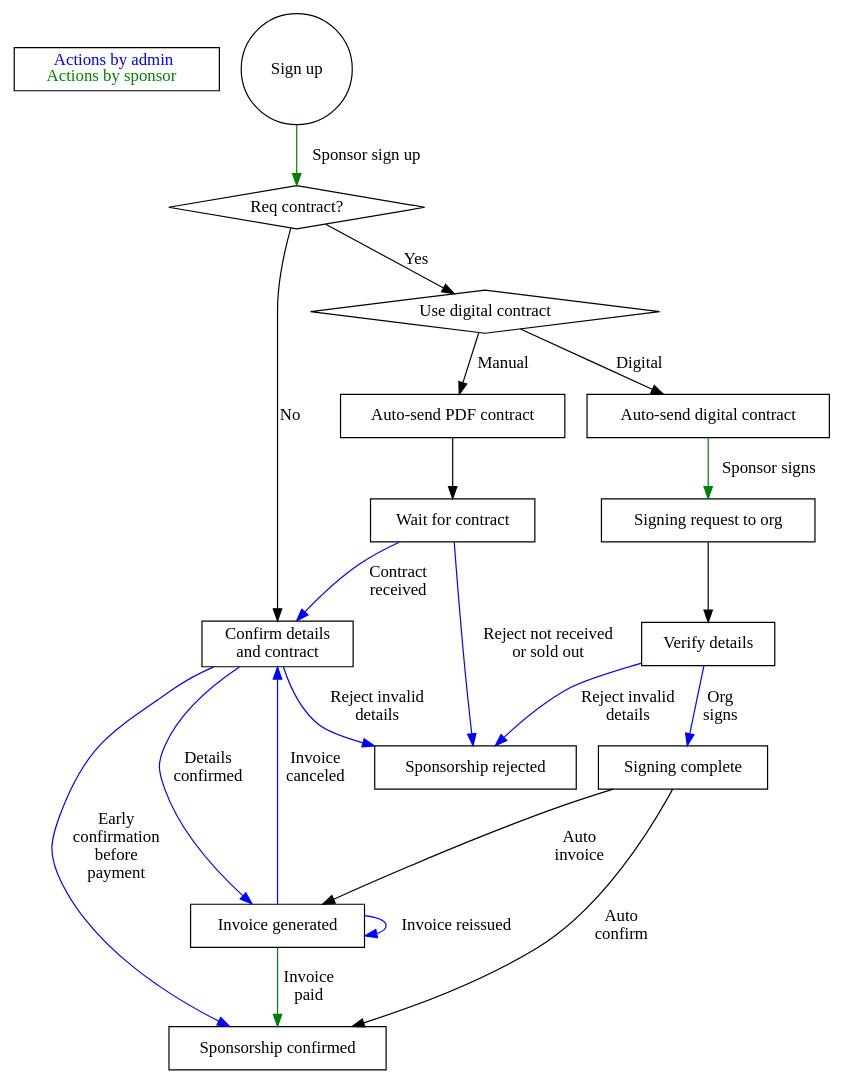
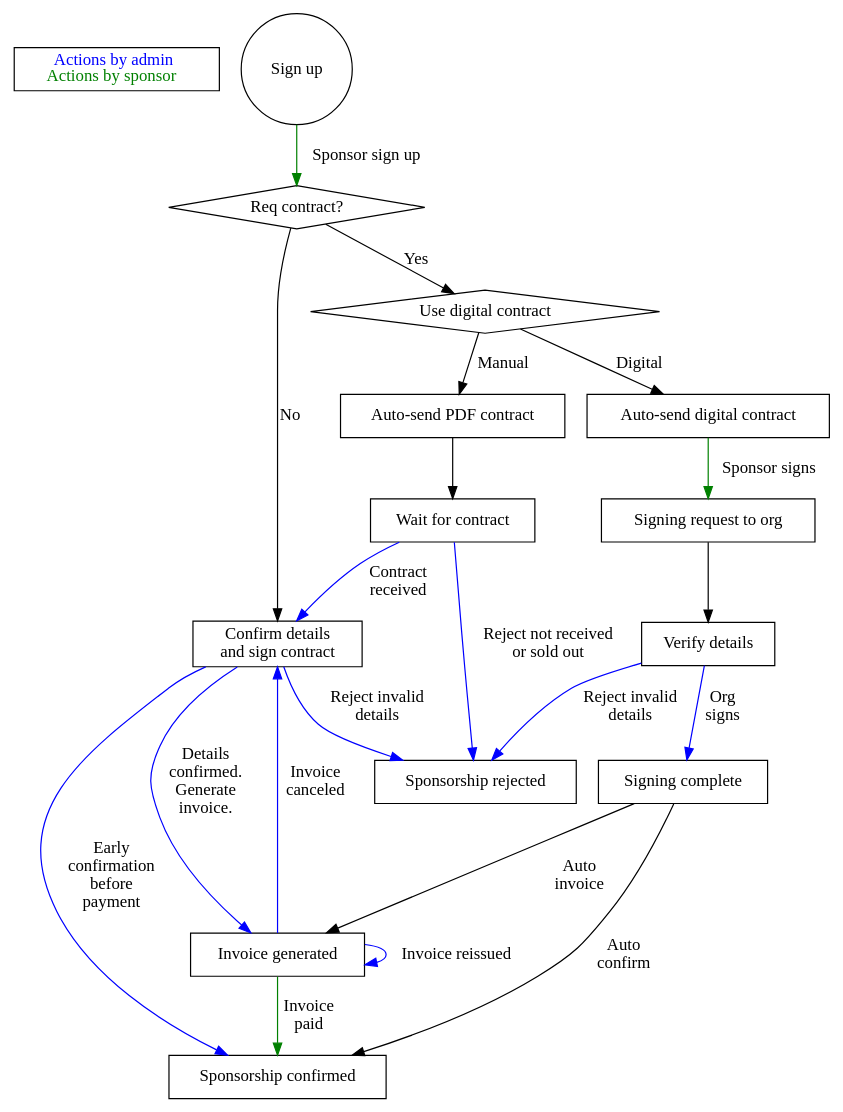
One commit to pgeu/pgeu-system changed the diagram in docs/confreg/graphs/sponsorsignup.dot. Above: the diagram before and after it, drawn with Graphviz. The commit also changed 1 other file, not shown here.

Commit message:
Fix incomplete labels in sponsorship flowchart graph
Spotted by ads.

```diff
--- a/docs/confreg/graphs/sponsorsignup.dot
+++ b/docs/confreg/graphs/sponsorsignup.dot
@@ -1,44 +1,44 @@
 digraph sponsorsignup {
 	subgraph legend {
 		key[shape=box, label=<
 		    <font color="blue">Actions by admin</font><br/>
 		    <font color="green">Actions by sponsor</font><br/>
 		>, labeljust="l"]
 	}
 
 	start[shape=circle label="Sign up"];
 	type[shape=diamond label="Req contract?"];
-	confirm[shape=box label="Confirm details\nand contract"];
+	confirm[shape=box label="Confirm details\nand sign contract"];
 	invoice[shape=box label="Invoice generated"];
 	typeofcontract[shape=diamond label="Use digital contract"];
 	manualpdf[shape=box label="Auto-send PDF contract"];
 	digitalcontract[shape=box label="Auto-send digital contract"];
 	digitaltoorg[shape=box label="Signing request to org"];
 	verifydetails[shape=box label="Verify details"];
 	signcomplete[shape=box label="Signing complete"];
 	contract[shape=box label="Wait for contract"];
 	confirmed[shape=box label="Sponsorship confirmed"];
 	rejected[shape=box label="Sponsorship rejected"];
 
 	start -> type [label="Sponsor sign up", color=green];
 	type -> typeofcontract [label="Yes"];
 	type -> confirm [label="No"];
 	typeofcontract -> manualpdf [label="Manual"]
 	typeofcontract -> digitalcontract [label="Digital"]
 	digitalcontract -> digitaltoorg [label="Sponsor signs", color=green]
 	digitaltoorg -> verifydetails
 	verifydetails -> rejected [label="Reject invalid\ndetails", color=blue]
 	verifydetails -> signcomplete [label="Org\nsigns", color=blue]
 	signcomplete -> confirmed [label="Auto\nconfirm"]
 	signcomplete->invoice [label="Auto\ninvoice"]
 	manualpdf -> contract;
-	confirm -> invoice [label="Details\nconfirmed", color=blue];
+	confirm -> invoice [label="Details\nconfirmed.\nGenerate\ninvoice.", color=blue];
 	contract -> confirm [label="Contract\nreceived", color=blue];
 	confirm -> confirmed [label="Early\nconfirmation\nbefore\npayment", color=blue];
 	invoice -> confirmed [label="Invoice\npaid", color=green];
 	invoice -> confirm [label="Invoice\ncanceled", color=blue];
 	confirm -> rejected [label="Reject invalid\ndetails", color=blue];
 	contract -> rejected [label="Reject not received\nor sold out", color=blue];
 
 	invoice -> invoice [label="Invoice reissued", color=blue];
 }
```
